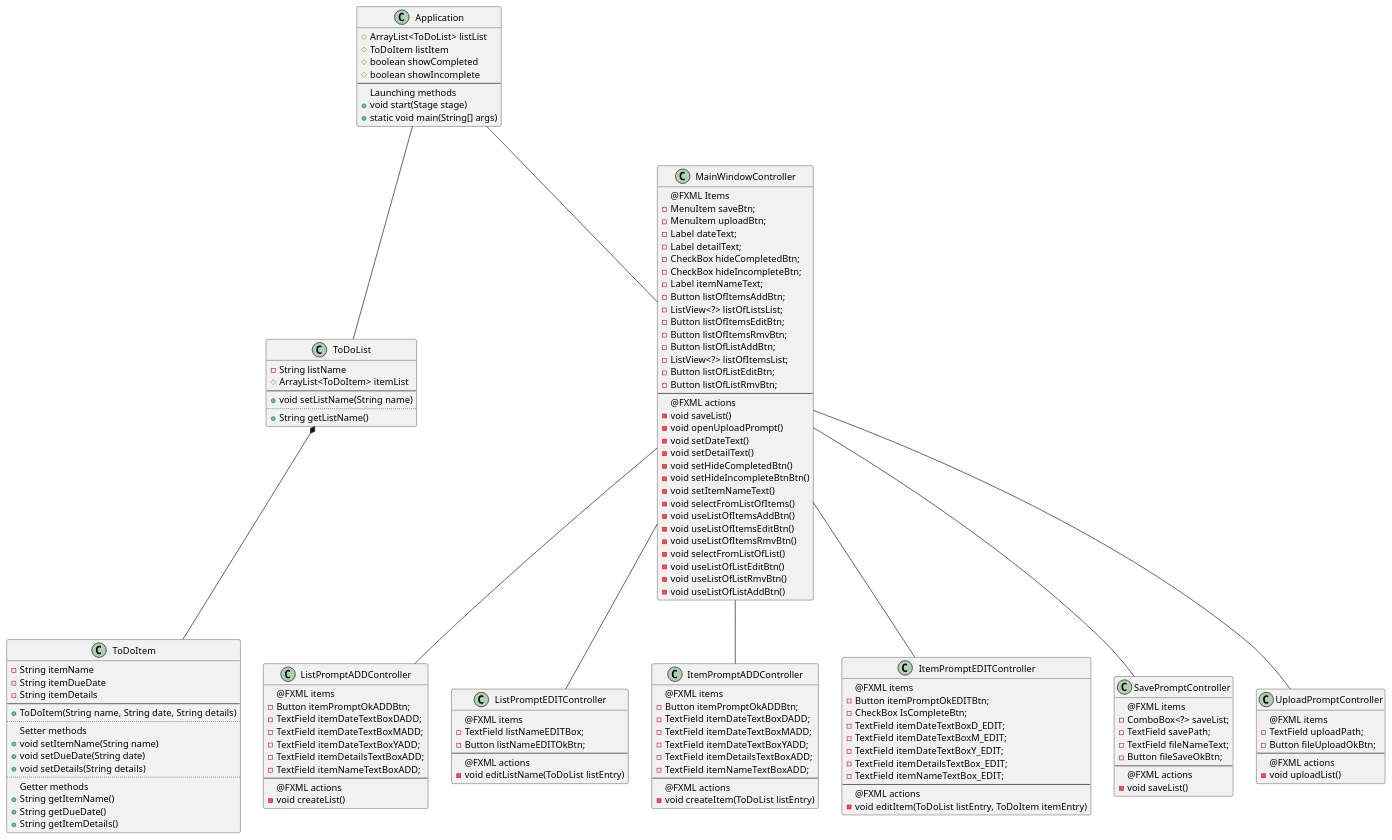
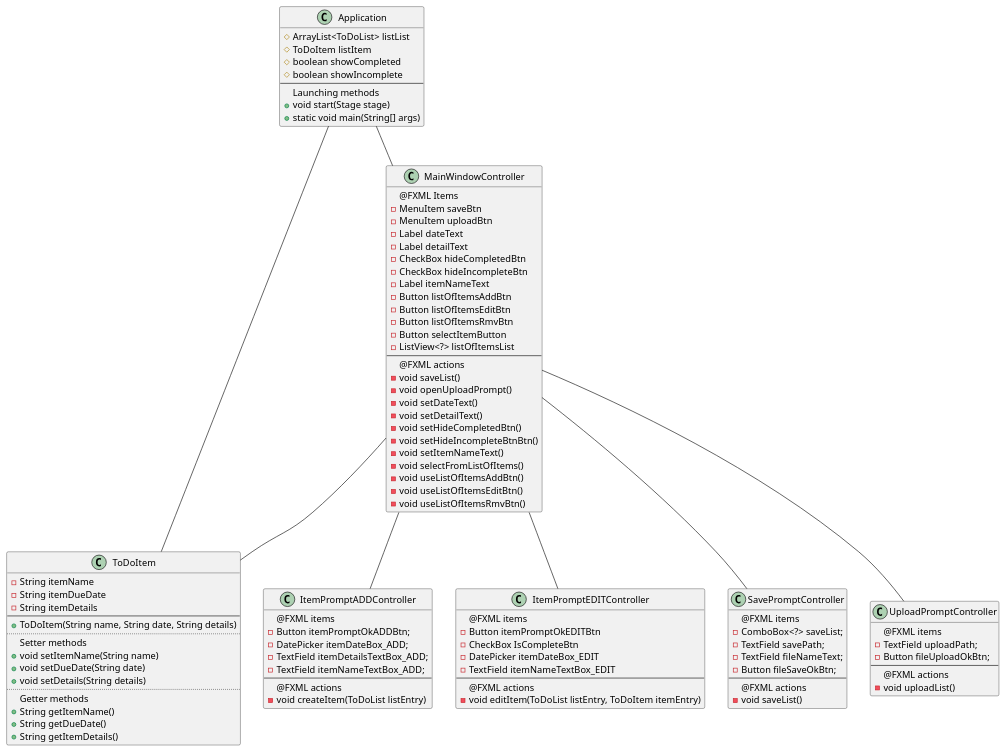
Before and after one commit to CATastrophic141/Simpson-app1-design: the diagram in PA1-ToDoApp/docs/ToDoAppUML.puml, drawn with PlantUML. The commit also changed 12 other files, not shown here.

```diff
--- a/PA1-ToDoApp/docs/ToDoAppUML.puml
+++ b/PA1-ToDoApp/docs/ToDoAppUML.puml
@@ -1,154 +1,109 @@
 @startuml
 class ToDoItem {
   - String itemName
   - String itemDueDate
   - String itemDetails
 --
   + ToDoItem(String name, String date, String details)
 ..
 Setter methods
   + void setItemName(String name)
   + void setDueDate(String date)
   + void setDetails(String details)
 ..
 Getter methods
   + String getItemName()
   + String getDueDate()
   + String getItemDetails()
 }
-
-class ToDoList {
-  - String listName
-  # ArrayList<ToDoItem> itemList
---
-  + void setListName(String name)
-..
-  + String getListName()
-}
-ToDoList *-- ToDoItem
-Application -- ToDoList
+MainWindowController -- ToDoItem
+Application -- ToDoItem
 
 class Application {
   # ArrayList<ToDoList> listList
   # ToDoItem listItem
   # boolean showCompleted
   # boolean showIncomplete
 --
 Launching methods
   + void start(Stage stage)
   + static void main(String[] args)
 }
 
 class MainWindowController {
     @FXML Items
-        - MenuItem saveBtn;
-        - MenuItem uploadBtn;
-        - Label dateText;
-        - Label detailText;
-        - CheckBox hideCompletedBtn;
-        - CheckBox hideIncompleteBtn;
-        - Label itemNameText;
-        - Button listOfItemsAddBtn;
-        - ListView<?> listOfListsList;
-        - Button listOfItemsEditBtn;
-        - Button listOfItemsRmvBtn;
-        - Button listOfListAddBtn;
-        - ListView<?> listOfItemsList;
-        - Button listOfListEditBtn;
-        - Button listOfListRmvBtn;
+        - MenuItem saveBtn
+        - MenuItem uploadBtn
+        - Label dateText
+        - Label detailText
+        - CheckBox hideCompletedBtn
+        - CheckBox hideIncompleteBtn
+        - Label itemNameText
+        - Button listOfItemsAddBtn
+        - Button listOfItemsEditBtn
+        - Button listOfItemsRmvBtn
+        - Button selectItemButton
+        - ListView<?> listOfItemsList
   --
     @FXML actions
         - void saveList()
         - void openUploadPrompt()
         - void setDateText()
         - void setDetailText()
         - void setHideCompletedBtn()
         - void setHideIncompleteBtnBtn()
         - void setItemNameText()
         - void selectFromListOfItems()
         - void useListOfItemsAddBtn()
         - void useListOfItemsEditBtn()
         - void useListOfItemsRmvBtn()
-        - void selectFromListOfList()
-        - void useListOfListEditBtn()
-        - void useListOfListRmvBtn()
-        - void useListOfListAddBtn()
 }
 Application -- MainWindowController
-
-class ListPromptADDController {
-    @FXML items
-       - Button itemPromptOkADDBtn;
-       - TextField itemDateTextBoxDADD;
-       - TextField itemDateTextBoxMADD;
-       - TextField itemDateTextBoxYADD;
-       - TextField itemDetailsTextBoxADD;
-       - TextField itemNameTextBoxADD;
---
-    @FXML actions
-      - void createList()
-}
-MainWindowController -- ListPromptADDController
-
-class ListPromptEDITController {
-    @FXML items
-      - TextField listNameEDITBox;
-      - Button listNameEDITOkBtn;
---
-    @FXML actions
-      - void editListName(ToDoList listEntry)
-}
-MainWindowController -- ListPromptEDITController
 
 class ItemPromptADDController {
     @FXML items
       - Button itemPromptOkADDBtn;
-      - TextField itemDateTextBoxDADD;
-      - TextField itemDateTextBoxMADD;
-      - TextField itemDateTextBoxYADD;
-      - TextField itemDetailsTextBoxADD;
-      - TextField itemNameTextBoxADD;
+      - DatePicker itemDateBox_ADD;
+      - TextField itemDetailsTextBox_ADD;
+      - TextField itemNameTextBox_ADD;
 --
     @FXML actions
       - void createItem(ToDoList listEntry)
 }
 MainWindowController -- ItemPromptADDController
 
 class ItemPromptEDITController {
     @FXML items
-      - Button itemPromptOkEDITBtn;
-      - CheckBox IsCompleteBtn;
-      - TextField itemDateTextBoxD_EDIT;
-      - TextField itemDateTextBoxM_EDIT;
-      - TextField itemDateTextBoxY_EDIT;
-      - TextField itemDetailsTextBox_EDIT;
-      - TextField itemNameTextBox_EDIT;
+      - Button itemPromptOkEDITBtn
+      - CheckBox IsCompleteBtn
+      - DatePicker itemDateBox_EDIT
+      - TextField itemNameTextBox_EDIT
 --
     @FXML actions
       - void editItem(ToDoList listEntry, ToDoItem itemEntry)
 }
 MainWindowController -- ItemPromptEDITController
 
 class SavePromptController {
     @FXML items
       - ComboBox<?> saveList;
       - TextField savePath;
       - TextField fileNameText;
       - Button fileSaveOkBtn;
 --
     @FXML actions
       - void saveList()
 }
 MainWindowController -- SavePromptController
 
 class UploadPromptController {
     @FXML items
       - TextField uploadPath;
       - Button fileUploadOkBtn;
 --
     @FXML actions
       - void uploadList()
 }
 
 MainWindowController -- UploadPromptController
 @enduml
```
